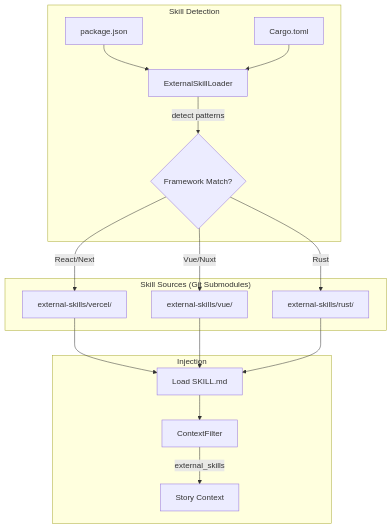
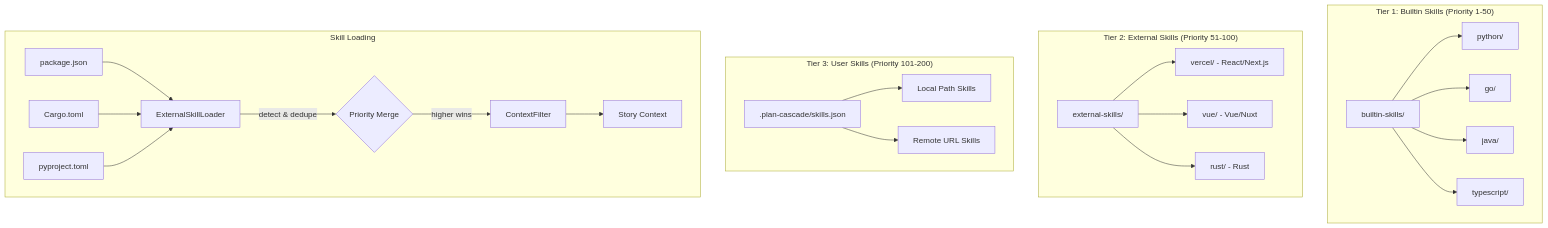
Before and after one commit to Taoidle/plan-cascade: the eighth of 13 diagrams in docs/System-Architecture.md, drawn with Mermaid. The commit also changed other lines of this file and 18 other files, not shown here.

First line of the commit message:
feat(plugin): add three-tier skill priority system with builtin skills

````diff
--- a/docs/System-Architecture.md
+++ b/docs/System-Architecture.md
@@ -436,22 +436,32 @@
 ```mermaid
 flowchart TD
-    subgraph "Skill Detection"
+    subgraph "Tier 1: Builtin Skills (Priority 1-50)"
+        BS[builtin-skills/]
+        BS --> PY[python/]
+        BS --> GO[go/]
+        BS --> JAVA[java/]
+        BS --> TS[typescript/]
+    end
+
+    subgraph "Tier 2: External Skills (Priority 51-100)"
+        ES[external-skills/]
+        ES --> VS[vercel/ - React/Next.js]
+        ES --> VUE[vue/ - Vue/Nuxt]
+        ES --> RS[rust/ - Rust]
+    end
+
+    subgraph "Tier 3: User Skills (Priority 101-200)"
+        UC[.plan-cascade/skills.json]
+        UC --> LOCAL[Local Path Skills]
+        UC --> REMOTE[Remote URL Skills]
+    end
+
+    subgraph "Skill Loading"
         PJ[package.json] --> ESL[ExternalSkillLoader]
         CT[Cargo.toml] --> ESL
-        ESL --> |detect patterns| MATCH{Framework Match?}
-    end
-
-    subgraph "Skill Sources (Git Submodules)"
-        MATCH -->|React/Next| VS[external-skills/vercel/]
-        MATCH -->|Vue/Nuxt| VUE[external-skills/vue/]
-        MATCH -->|Rust| RS[external-skills/rust/]
-    end
-
-    subgraph "Injection"
-        VS --> LOAD[Load SKILL.md]
-        VUE --> LOAD
-        RS --> LOAD
-        LOAD --> CF2[ContextFilter]
-        CF2 --> |external_skills| SC2[Story Context]
+        PP[pyproject.toml] --> ESL
+        ESL --> |detect & dedupe| MERGE{Priority Merge}
+        MERGE --> |higher wins| CF2[ContextFilter]
+        CF2 --> SC2[Story Context]
     end
 ```
````
